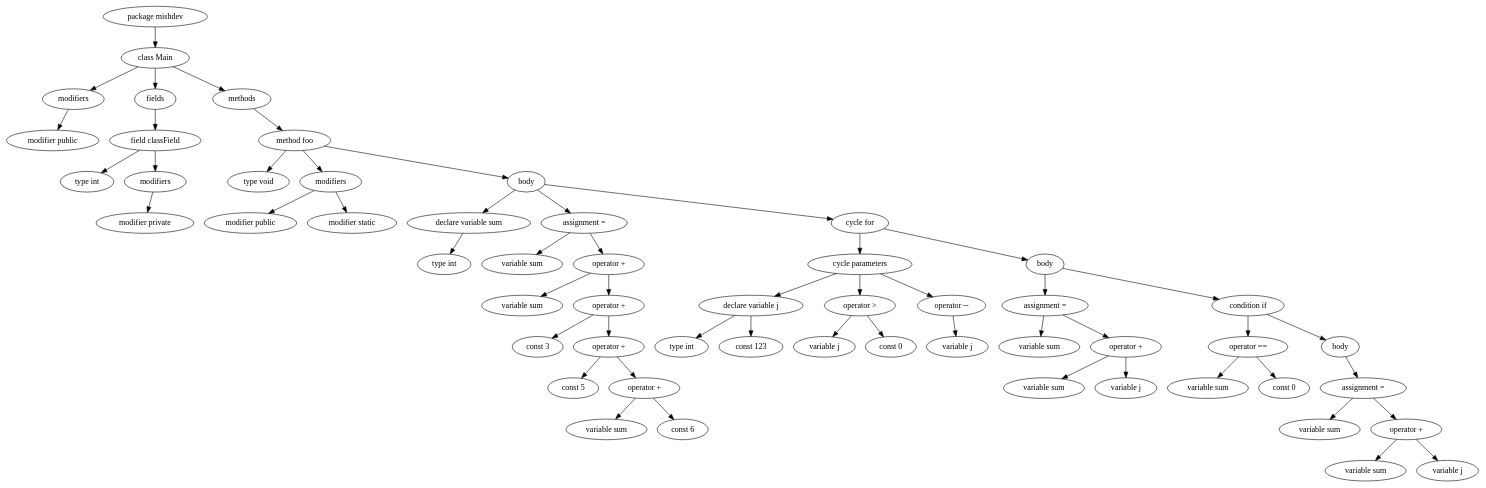
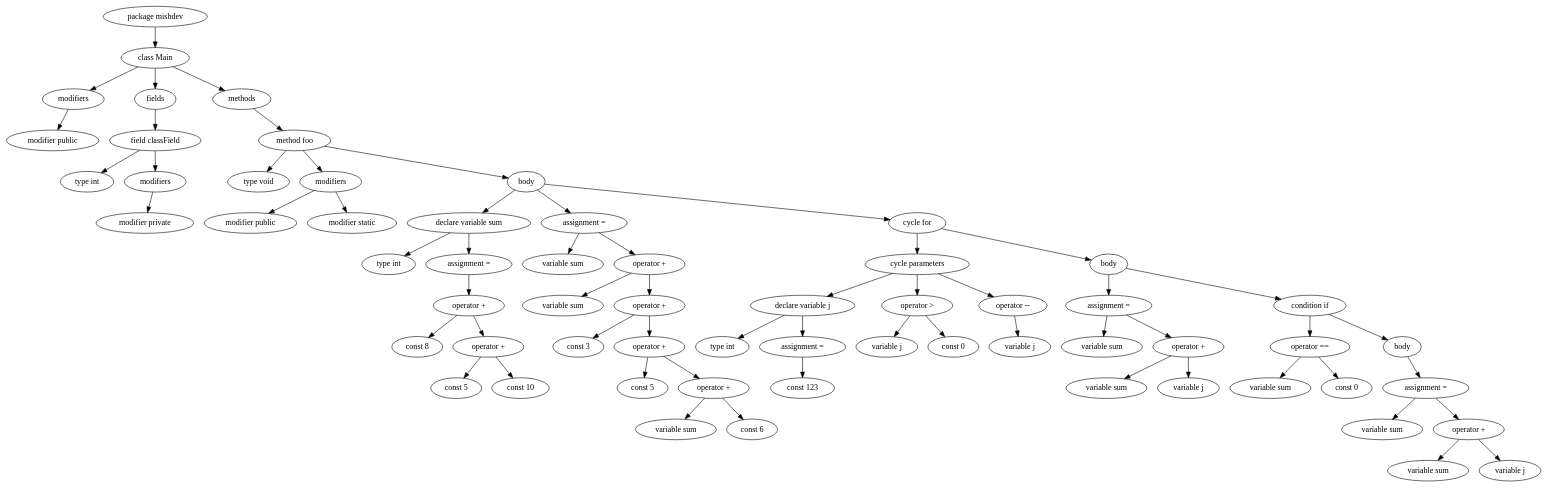
The diagram in src/main/resources/ast.dot (MikhailMe/ASTBuilder), drawn with Graphviz before and after one commit. The commit also changed 8 other files, not shown here.

```diff
--- a/src/main/resources/ast.dot
+++ b/src/main/resources/ast.dot
@@ -1,112 +1,126 @@
 digraph{
 3[label="modifier public"];
 2[label="modifiers"];
 9[label="type int"];
 8[label="modifier private"];
 7[label="modifiers"];
 6[label="field classField"];
 4[label="fields"];
 14[label="type void"];
 12[label="modifier public"];
 13[label="modifier static"];
 11[label="modifiers"];
 17[label="type int"];
+20[label="const 8"];
+22[label="const 5"];
+23[label="const 10"];
+21[label="operator +"];
+19[label="operator +"];
+18[label="assignment ="];
 16[label="declare variable sum"];
-19[label="variable sum"];
-21[label="variable sum"];
-23[label="const 3"];
-25[label="const 5"];
+25[label="variable sum"];
 27[label="variable sum"];
-28[label="const 6"];
+29[label="const 3"];
+31[label="const 5"];
+33[label="variable sum"];
+34[label="const 6"];
+32[label="operator +"];
+30[label="operator +"];
+28[label="operator +"];
 26[label="operator +"];
-24[label="operator +"];
-22[label="operator +"];
-20[label="operator +"];
-18[label="assignment ="];
-33[label="type int"];
-34[label="const 123"];
-32[label="declare variable j"];
-36[label="variable j"];
-37[label="const 0"];
-35[label="operator >"];
-39[label="variable j"];
-38[label="operator --"];
-31[label="cycle parameters"];
-42[label="variable sum"];
-44[label="variable sum"];
-45[label="variable j"];
-43[label="operator +"];
-41[label="assignment ="];
+24[label="assignment ="];
+39[label="type int"];
+41[label="const 123"];
+40[label="assignment ="];
+38[label="declare variable j"];
+43[label="variable j"];
+44[label="const 0"];
+42[label="operator >"];
+46[label="variable j"];
+45[label="operator --"];
+37[label="cycle parameters"];
 49[label="variable sum"];
-50[label="const 0"];
-48[label="operator =="];
-53[label="variable sum"];
-55[label="variable sum"];
-56[label="variable j"];
-54[label="operator +"];
-52[label="assignment ="];
-51[label="body"];
-47[label="condition if"];
-40[label="body"];
-30[label="cycle for"];
+51[label="variable sum"];
+52[label="variable j"];
+50[label="operator +"];
+48[label="assignment ="];
+56[label="variable sum"];
+57[label="const 0"];
+55[label="operator =="];
+60[label="variable sum"];
+62[label="variable sum"];
+63[label="variable j"];
+61[label="operator +"];
+59[label="assignment ="];
+58[label="body"];
+54[label="condition if"];
+47[label="body"];
+36[label="cycle for"];
 15[label="body"];
 10[label="method foo"];
 5[label="methods"];
 1[label="class Main"];
 0[label="package mishdev"];
 0 -> 1
 1 -> 2
 2 -> 3
 1 -> 4
 4 -> 6
 6 -> 9
 6 -> 7
 7 -> 8
 1 -> 5
 5 -> 10
 10 -> 14
 10 -> 11
 11 -> 12
 11 -> 13
 10 -> 15
 15 -> 16
 16 -> 17
-15 -> 18
+16 -> 18
 18 -> 19
-18 -> 20
-20 -> 21
-20 -> 22
-22 -> 23
-22 -> 24
+19 -> 20
+19 -> 21
+21 -> 22
+21 -> 23
+15 -> 24
 24 -> 25
 24 -> 26
 26 -> 27
 26 -> 28
-15 -> 30
+28 -> 29
+28 -> 30
 30 -> 31
-31 -> 32
+30 -> 32
 32 -> 33
 32 -> 34
-31 -> 35
-35 -> 36
-35 -> 37
-31 -> 38
+15 -> 36
+36 -> 37
+37 -> 38
 38 -> 39
-30 -> 40
+38 -> 40
 40 -> 41
-41 -> 42
-41 -> 43
-43 -> 44
-43 -> 45
-40 -> 47
+37 -> 42
+42 -> 43
+42 -> 44
+37 -> 45
+45 -> 46
+36 -> 47
 47 -> 48
 48 -> 49
 48 -> 50
-47 -> 51
-51 -> 52
-52 -> 53
-52 -> 54
+50 -> 51
+50 -> 52
+47 -> 54
 54 -> 55
-54 -> 56
+55 -> 56
+55 -> 57
+54 -> 58
+58 -> 59
+59 -> 60
+59 -> 61
+61 -> 62
+61 -> 63
 
 }
```
